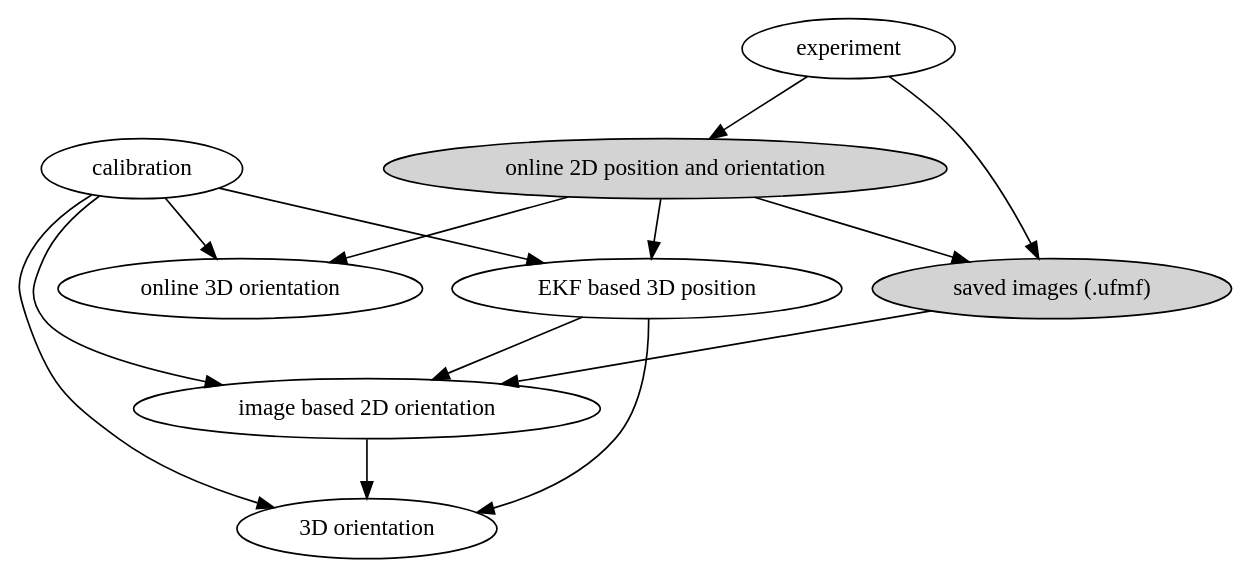
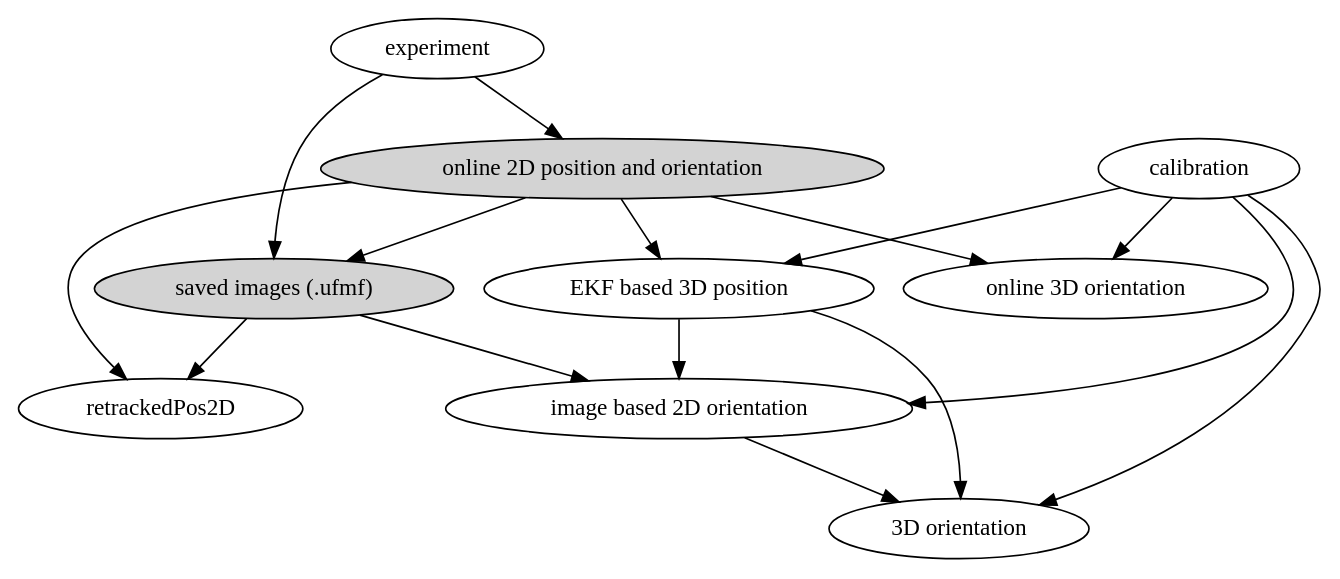
Before and after one commit to strawlab/flydra: the diagram in flydra-sphinx-docs/orientation_data.rst, drawn with Graphviz.

Commit message:
flydra: docs: minor update

```diff
--- a/flydra-sphinx-docs/orientation_data.rst
+++ b/flydra-sphinx-docs/orientation_data.rst
@@ -4,25 +4,27 @@
 .. graphviz::
   strict digraph {
     animals -> onlinePosOri2D;
     animals -> ufmfs;
     onlinePosOri2D -> ufmfs -> imageOri2D -> Ori3D;
+    onlinePosOri2D -> retrackedPos2D;
+    ufmfs -> retrackedPos2D;
     onlinePosOri2D -> ekfPos3D;
     calib -> onlineOri3D;
     calib -> Ori3D;
     calib -> ekfPos3D;
     calib -> imageOri2D;
     ekfPos3D -> Ori3D;
     ekfPos3D -> Ori3D;
     ekfPos3D -> imageOri2D;
     onlinePosOri2D -> onlineOri3D;
 
     animals [label="experiment"];
     //    onlinePos2D [label="online 2D position estimation"];
     ufmfs [label="saved images (.ufmf)",style=filled];
     imageOri2D [label="image based 2D orientation"];
     Ori3D [label="3D orientation"];
     calib [label="calibration"];
     ekfPos3D [label="EKF based 3D position"];
     onlineOri3D [label="online 3D orientation"];
     onlinePosOri2D [label="online 2D position and orientation",style=filled];
   } 
```
